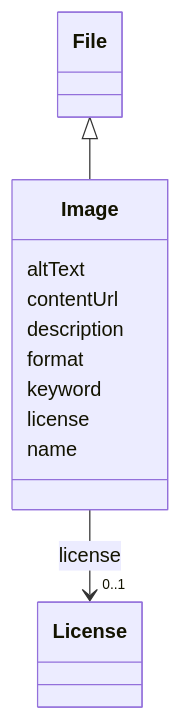
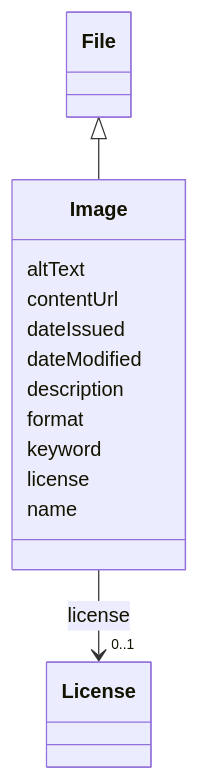
Before and after one commit to EVORA-project/evora-ontology: the diagram in models/docs/Image.md, drawn with Mermaid. The commit also changed other lines of this file and 377 other files, not shown here.

````diff
--- a/models/docs/Image.md
+++ b/models/docs/Image.md
@@ -19,30 +19,34 @@
 ```mermaid
  classDiagram
     class Image
     click Image href "../Image"
       File <|-- Image
         click File href "../File"
       
       Image : altText
         
       Image : contentUrl
+        
+      Image : dateIssued
+        
+      Image : dateModified
         
       Image : description
         
       Image : format
         
       Image : keyword
         
       Image : license
         
           
     
     
     Image --> "0..1" License : license
     click License href "../License"
 
         
       Image : name
         
       
 ```
````
